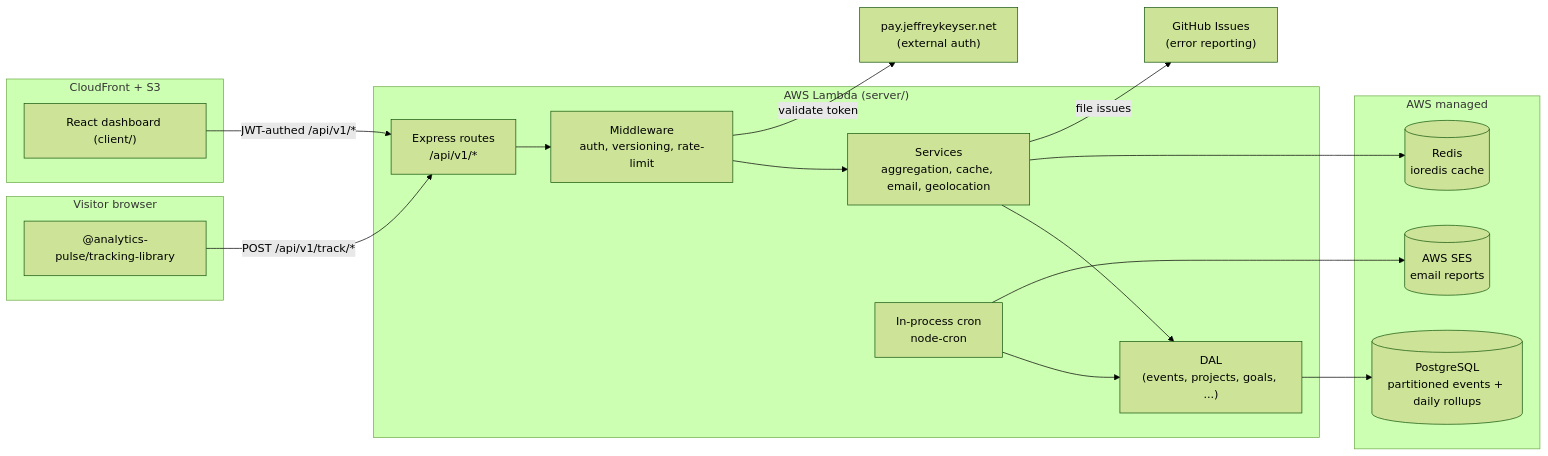
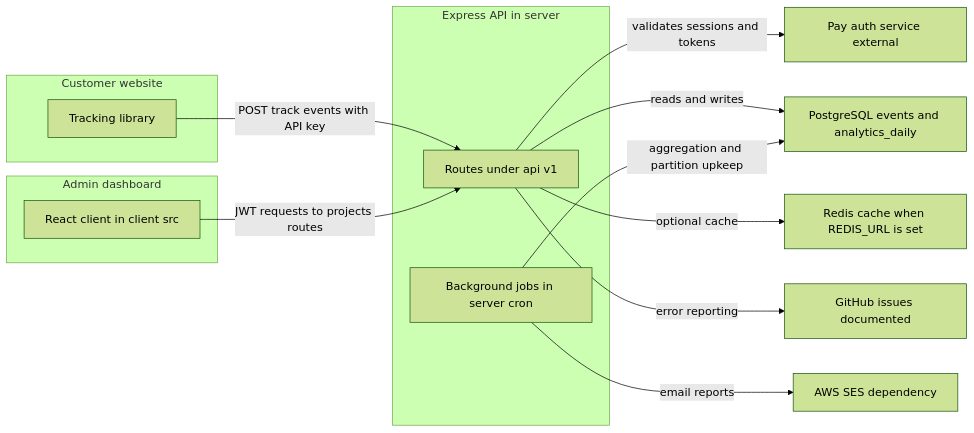
Before and after one commit to Jeffrey-Keyser/project-wiki: the diagram in content/repos/Jeffrey-Keyser-analytics-pulse/Architecture.md, drawn with Mermaid (forest theme). The commit also changed other lines of this file and 150 other files, not shown here.

````diff
--- a/content/repos/Jeffrey-Keyser-analytics-pulse/Architecture.md
+++ b/content/repos/Jeffrey-Keyser-analytics-pulse/Architecture.md
@@ -12,36 +12,26 @@
 ```mermaid
 flowchart LR
-  subgraph Browser["Visitor browser"]
-    Snippet["@analytics-pulse/tracking-library"]
+  subgraph Site ["Customer website"]
+    Tracker["Tracking library"]
   end
-
-  subgraph CDN["CloudFront + S3"]
-    Dash["React dashboard (client/)"]
+  subgraph Admin ["Admin dashboard"]
+    Client["React client in client src"]
   end
-
-  subgraph Lambda["AWS Lambda (server/)"]
-    Routes["Express routes\n/api/v1/*"]
-    Mw["Middleware\nauth, versioning, rate-limit"]
-    Svc["Services\naggregation, cache, email, geolocation"]
-    DAL["DAL\n(events, projects, goals, ...)"]
-    Cron["In-process cron\nnode-cron"]
+  subgraph API ["Express API in server"]
+    V1["Routes under api v1"]
+    Jobs["Background jobs in server cron"]
   end
-
-  subgraph Data["AWS managed"]
-    PG[("PostgreSQL\npartitioned events + daily rollups")]
-    Redis[("Redis\nioredis cache")]
-    SES[("AWS SES\nemail reports")]
-  end
-
-  Pay["pay.jeffreykeyser.net\n(external auth)"]
-  GH["GitHub Issues\n(error reporting)"]
-
-  Snippet -- "POST /api/v1/track/*" --> Routes
-  Dash -- "JWT-authed /api/v1/*" --> Routes
-  Routes --> Mw --> Svc --> DAL --> PG
-  Svc --> Redis
-  Cron --> DAL
-  Cron --> SES
-  Mw -- "validate token" --> Pay
-  Svc -- "file issues" --> GH
+  Pay["Pay auth service external"]
+  PG["PostgreSQL events and analytics_daily"]
+  Redis["Redis cache when REDIS_URL is set"]
+  SES["AWS SES dependency"]
+  GH["GitHub issues documented"]
+  Tracker -- "POST track events with API key" --> V1
+  Client -- "JWT requests to projects routes" --> V1
+  V1 -- "validates sessions and tokens" --> Pay
+  V1 -- "reads and writes" --> PG
+  Jobs -- "aggregation and partition upkeep" --> PG
+  Jobs -- "email reports" --> SES
+  V1 -- "optional cache" --> Redis
+  V1 -- "error reporting" --> GH
 ```
````
